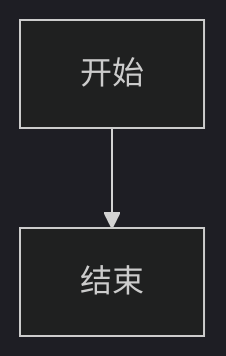
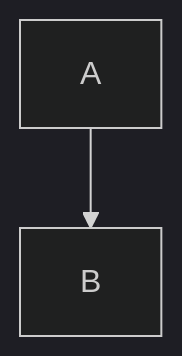
One commit to forer-lika777/Heyiwei changed the diagram in README.md. Above: the diagram before and after it, drawn with Mermaid (dark theme).

Commit message:
更新 README.md

````diff
--- a/README.md
+++ b/README.md
@@ -5,4 +5,4 @@
 ```mermaid
-  graph TD;
-    A[开始] --> B[结束];
+graph TD;
+    A-->B;
 ```
````
